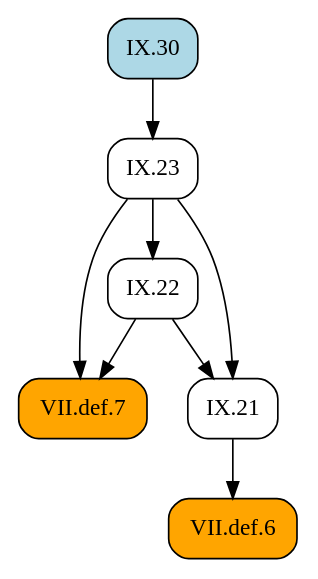
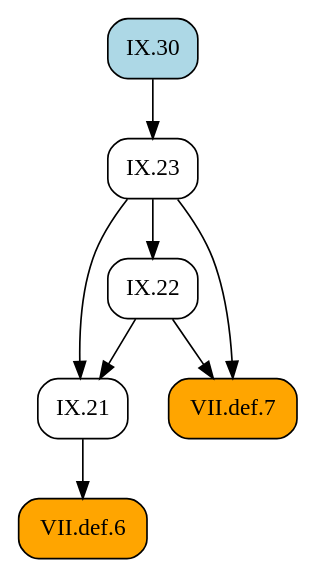
The diagram in docsrc/heath/IX/30/index.rst (geometor/elements), drawn with Graphviz before and after one commit. The commit also changed other lines of this file and 1029 other files, not shown here.

```diff
--- a/docsrc/heath/IX/30/index.rst
+++ b/docsrc/heath/IX/30/index.rst
@@ -40,19 +40,19 @@
 .. graphviz::
 
    digraph {
      rankdir="TB";
      node [shape=box, style=rounded];
+     "IX.21" [URL="/heath/IX/21/", target="_top"];
+     "IX.23" [URL="/heath/IX/23/", target="_top"];
+     "VII.def.6" [style="rounded,filled", fillcolor=orange, URL="/heath/VII/def.6/", target="_top"];
+     "IX.22" [URL="/heath/IX/22/", target="_top"];
+     "IX.30" [style="rounded,filled", fillcolor=lightblue, URL="/heath/IX/30/", target="_top"];
      "VII.def.7" [style="rounded,filled", fillcolor=orange, URL="/heath/VII/def.7/", target="_top"];
-     "IX.21" [URL="/heath/IX/21/", target="_top"];
-     "IX.22" [URL="/heath/IX/22/", target="_top"];
-     "VII.def.6" [style="rounded,filled", fillcolor=orange, URL="/heath/VII/def.6/", target="_top"];
-     "IX.30" [style="rounded,filled", fillcolor=lightblue, URL="/heath/IX/30/", target="_top"];
-     "IX.23" [URL="/heath/IX/23/", target="_top"];
+     "IX.22" -> "IX.21";
+     "IX.23" -> "IX.21";
+     "IX.30" -> "IX.23";
+     "IX.21" -> "VII.def.6";
+     "IX.23" -> "IX.22";
      "IX.22" -> "VII.def.7";
      "IX.23" -> "VII.def.7";
-     "IX.22" -> "IX.21";
-     "IX.23" -> "IX.21";
-     "IX.23" -> "IX.22";
-     "IX.21" -> "VII.def.6";
-     "IX.30" -> "IX.23";
    }
```
